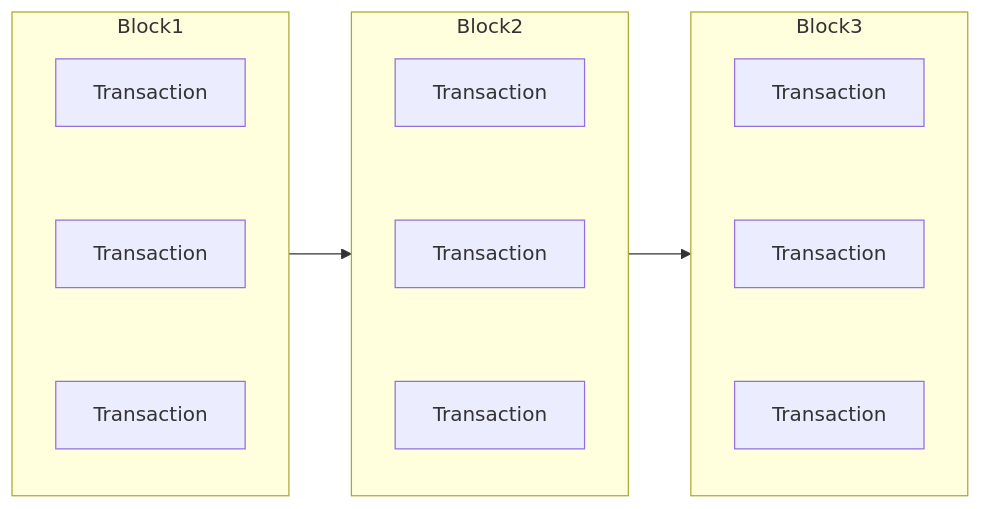
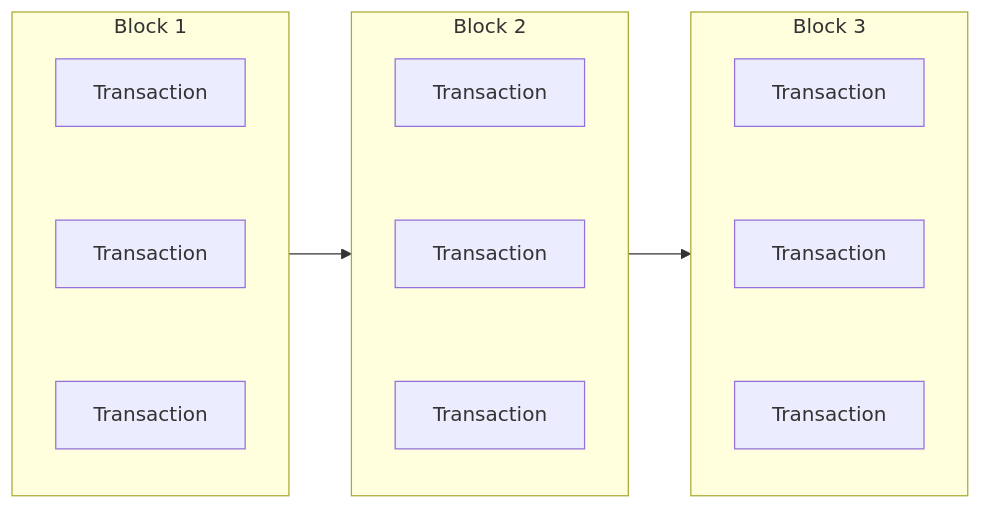
The diagram in README.md (calebCrackle/tbpub-blockexplorer), drawn with Mermaid before and after one commit. The commit also changed other lines of this file, not shown here.

````diff
--- a/README.md
+++ b/README.md
@@ -11,25 +9,25 @@
 ```mermaid
 graph LR;
-    subgraph BOne [Block1]
+    subgraph BOne [Block 1]
         direction TB
         TOne[Transaction]
         TTwo[Transaction]
         TThree[Transaction]
         TOne ~~~ TTwo ~~~ TThree;
     end
-    subgraph BTwo [Block2]
+    subgraph BTwo [Block 2]
         direction TB
         TFour[Transaction]
         TFive[Transaction]
         TSix[Transaction]
         TFour ~~~ TFive ~~~ TSix;
     end
-    subgraph BThree [Block3]
+    subgraph BThree [Block 3]
         direction TB
         TSeven[Transaction]
         TEight[Transaction]
         TNine[Transaction]
         TSeven ~~~ TEight~~~ TNine;
     end
     BOne --> BTwo --> BThree;
 ```
````
